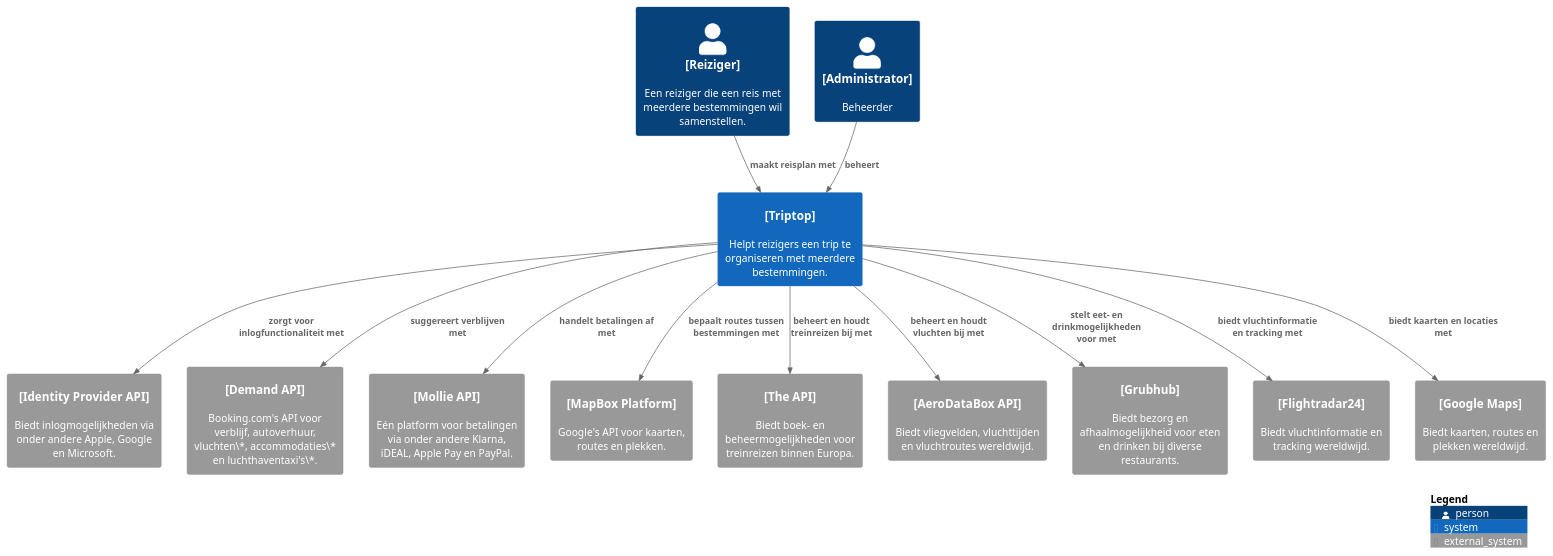
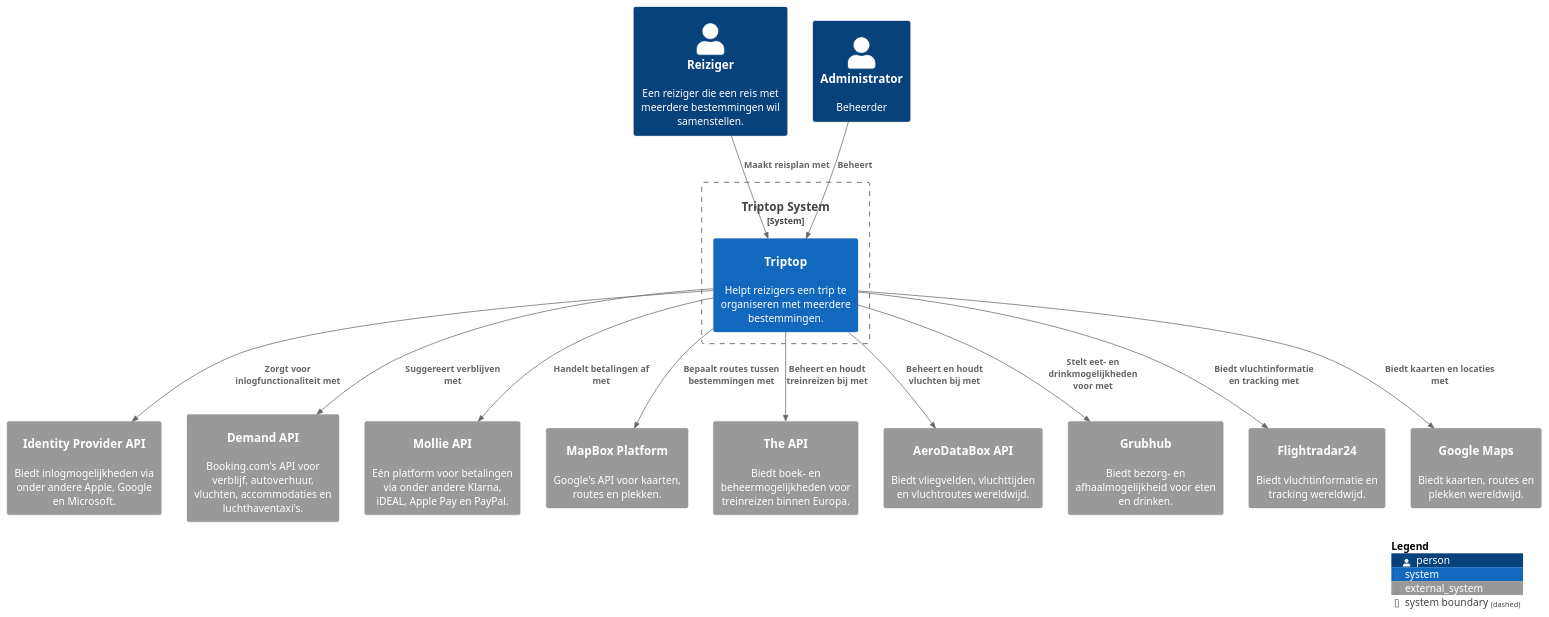
The diagram in context-diagram.puml (AIM-ENE-feb25/triptop-groep-b2), drawn with PlantUML before and after one commit. The commit also changed 1 other file, not shown here.

Commit message:
updated component diagram

```diff
--- a/context-diagram.puml
+++ b/context-diagram.puml
@@ -1,42 +1,45 @@
 @startuml C4_Elements
-!include https://raw.githubusercontent.com/plantuml-stdlib/C4-PlantUML/master/C4_Container.puml
-!include <C4/C4_Container>
-top to bottom direction
+'!include https://raw.githubusercontent.com/plantuml-stdlib/C4-PlantUML/master/C4_Container.puml
+!include https://raw.githubusercontent.com/plantuml-stdlib/C4-PlantUML/master/C4_Component.puml
+
 
 skinparam {
     rectangle {
         StereotypeFontSize 0
         StereotypeFontColor white
     }
 }
 
-Person(traveller, "[Reiziger]", "Een reiziger die een reis met meerdere bestemmingen wil samenstellen.")
-Person(admin, "[Administrator]", "Beheerder")
+top to bottom direction
 
-System(triptop, "[Triptop]", "Helpt reizigers een trip te organiseren met meerdere bestemmingen.")
+Person(traveller, "Reiziger", "Een reiziger die een reis met meerdere bestemmingen wil samenstellen.")
+Person(admin, "Administrator", "Beheerder")
 
-System_Ext(identity_provider_api, "[Identity Provider API]", "Biedt inlogmogelijkheden via onder andere Apple, Google en Microsoft.", $link="https://developer.okta.com/docs/api/openapi/okta-management/management/tag/IdentityProvider/")
-System_Ext(demand_api, "[Demand API]", "Booking.com's API voor verblijf, autoverhuur, vluchten\*, accommodaties\* en luchthaventaxi's\*.", $link="https://developers.booking.com/demand/docs/open-api/demand-api")
-System_Ext(mollie_api, "[Mollie API]", "Eén platform voor betalingen via onder andere Klarna, iDEAL, Apple Pay en PayPal.", $link="https://www.mollie.com/nl/")
-System_Ext(MapBox_api, "[MapBox Platform]", "Google's API voor kaarten, routes en plekken.", $link="https://developers.google.com/maps")
-System_Ext(all_aboard_api, "[The API]", "Biedt boek- en beheermogelijkheden voor treinreizen binnen Europa.", $link="https://allaboard.eu/api-solution")
-System_Ext(aeroDataBox_api, "[AeroDataBox API]", "Biedt vliegvelden, vluchttijden en vluchtroutes wereldwijd.", $link="https://rapidapi.com/aedbx-aedbx/api/aerodatabox")
-System_Ext(grubhub_api, "[Grubhub]", "Biedt bezorg en afhaalmogelijkheid voor eten en drinken bij diverse restaurants.", $link="https://www.grubhub.com/")
-System_Ext(Flightradar24_api, "[Flightradar24]", "Biedt vluchtinformatie en tracking wereldwijd.", $link="https://www.flightradar24.com/")
-System_Ext(Googlemaps_api, "[Google Maps]", "Biedt kaarten, routes en plekken wereldwijd.", $link="https://developers.google.com/maps")
+System_Boundary(boundary, "Triptop System") {
+    System(triptop, "Triptop", "Helpt reizigers een trip te organiseren met meerdere bestemmingen.")
+}
 
-Rel(traveller, triptop, "maakt reisplan met")
-Rel(admin, triptop, "beheert")
+System_Ext(identity_provider_api, "Identity Provider API", "Biedt inlogmogelijkheden via onder andere Apple, Google en Microsoft.", $link="https://developer.okta.com/docs/api/openapi/okta-management/management/tag/IdentityProvider/")
+System_Ext(demand_api, "Demand API", "Booking.com's API voor verblijf, autoverhuur, vluchten, accommodaties en luchthaventaxi's.", $link="https://developers.booking.com/demand/docs/open-api/demand-api")
+System_Ext(mollie_api, "Mollie API", "Eén platform voor betalingen via onder andere Klarna, iDEAL, Apple Pay en PayPal.", $link="https://www.mollie.com/nl/")
+System_Ext(MapBox_api, "MapBox Platform", "Google's API voor kaarten, routes en plekken.", $link="https://developers.google.com/maps")
+System_Ext(all_aboard_api, "The API", "Biedt boek- en beheermogelijkheden voor treinreizen binnen Europa.", $link="https://allaboard.eu/api-solution")
+System_Ext(aeroDataBox_api, "AeroDataBox API", "Biedt vliegvelden, vluchttijden en vluchtroutes wereldwijd.", $link="https://rapidapi.com/aedbx-aedbx/api/aerodatabox")
+System_Ext(grubhub_api, "Grubhub", "Biedt bezorg- en afhaalmogelijkheid voor eten en drinken.", $link="https://www.grubhub.com/")
+System_Ext(Flightradar24_api, "Flightradar24", "Biedt vluchtinformatie en tracking wereldwijd.", $link="https://www.flightradar24.com/")
+System_Ext(Googlemaps_api, "Google Maps", "Biedt kaarten, routes en plekken wereldwijd.", $link="https://developers.google.com/maps")
 
-Rel(triptop, identity_provider_api, "zorgt voor inlogfunctionaliteit met")
-Rel(triptop, demand_api, "suggereert verblijven met")
-Rel(triptop, mollie_api, "handelt betalingen af met")
-Rel(triptop, MapBox_api, "bepaalt routes tussen bestemmingen met")
-Rel(triptop, all_aboard_api, "beheert en houdt treinreizen bij met")
-Rel(triptop, aeroDataBox_api, "beheert en houdt vluchten bij met")
-Rel(triptop, grubhub_api, "stelt eet- en drinkmogelijkheden voor met")
-Rel(triptop, Flightradar24_api, "biedt vluchtinformatie en tracking met")
-Rel(triptop, Googlemaps_api, "biedt kaarten en locaties met")
+Rel(traveller, triptop, "Maakt reisplan met")
+Rel(admin, triptop, "Beheert")
+Rel(triptop, identity_provider_api, "Zorgt voor inlogfunctionaliteit met")
+Rel(triptop, demand_api, "Suggereert verblijven met")
+Rel(triptop, mollie_api, "Handelt betalingen af met")
+Rel(triptop, MapBox_api, "Bepaalt routes tussen bestemmingen met")
+Rel(triptop, all_aboard_api, "Beheert en houdt treinreizen bij met")
+Rel(triptop, aeroDataBox_api, "Beheert en houdt vluchten bij met")
+Rel(triptop, grubhub_api, "Stelt eet- en drinkmogelijkheden voor met")
+Rel(triptop, Flightradar24_api, "Biedt vluchtinformatie en tracking met")
+Rel(triptop, Googlemaps_api, "Biedt kaarten en locaties met")
 
 SHOW_LEGEND(TRUE)
 @enduml
```
